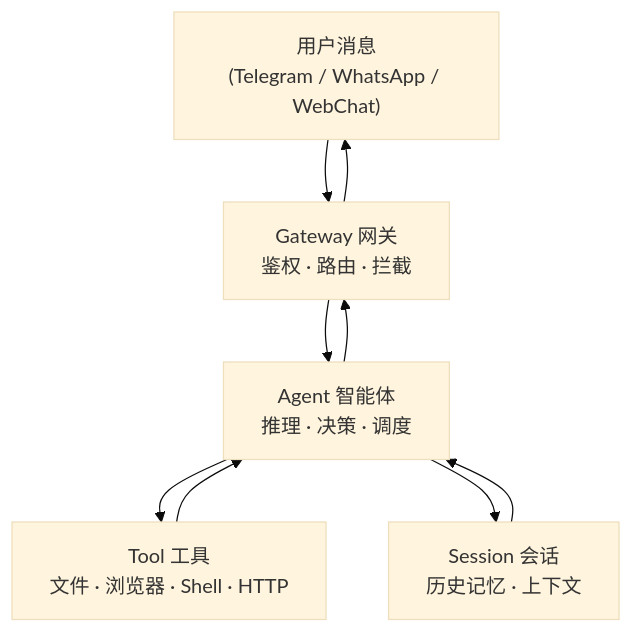
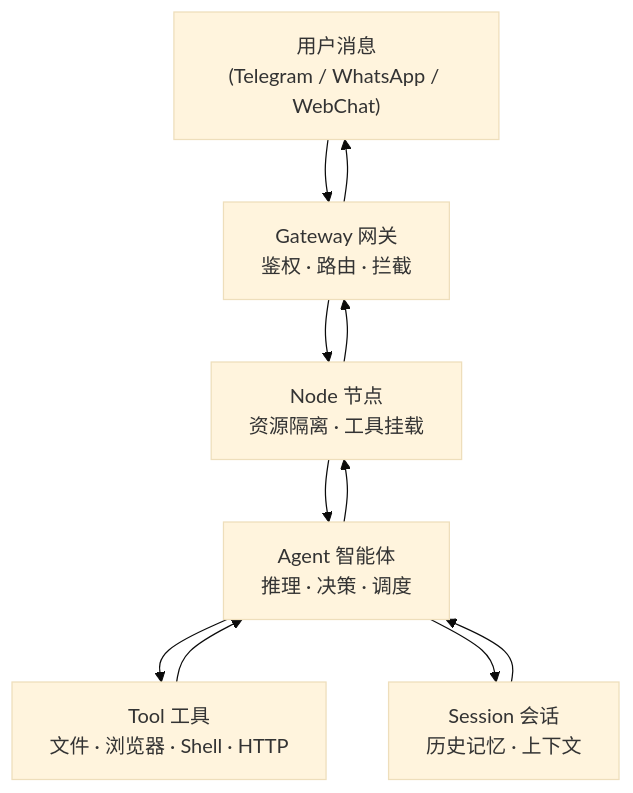
Before and after one commit to yeasy/openclaw_guide: the diagram in 01_overview/1.3_concepts.md, drawn with Mermaid (base theme). The commit also changed other lines of this file and 5 other files, not shown here.

````diff
--- a/01_overview/1.3_concepts.md
+++ b/01_overview/1.3_concepts.md
@@ -5,13 +5,15 @@
 ```mermaid
 graph TD
     User["用户消息<br/>(Telegram / WhatsApp / WebChat)"] --> Gateway
-    Gateway["Gateway 网关<br/>鉴权 · 路由 · 拦截"] --> Agent
+    Gateway["Gateway 网关<br/>鉴权 · 路由 · 拦截"] --> Node
+    Node["Node 节点<br/>资源隔离 · 工具挂载"] --> Agent
     Agent["Agent 智能体<br/>推理 · 决策 · 调度"] --> Tool
     Agent --> Session
     Tool["Tool 工具<br/>文件 · 浏览器 · Shell · HTTP"]
     Session["Session 会话<br/>历史记忆 · 上下文"]
     Tool --> Agent
     Session --> Agent
-    Agent --> Gateway
+    Agent --> Node
+    Node --> Gateway
     Gateway --> User
 ```
````
